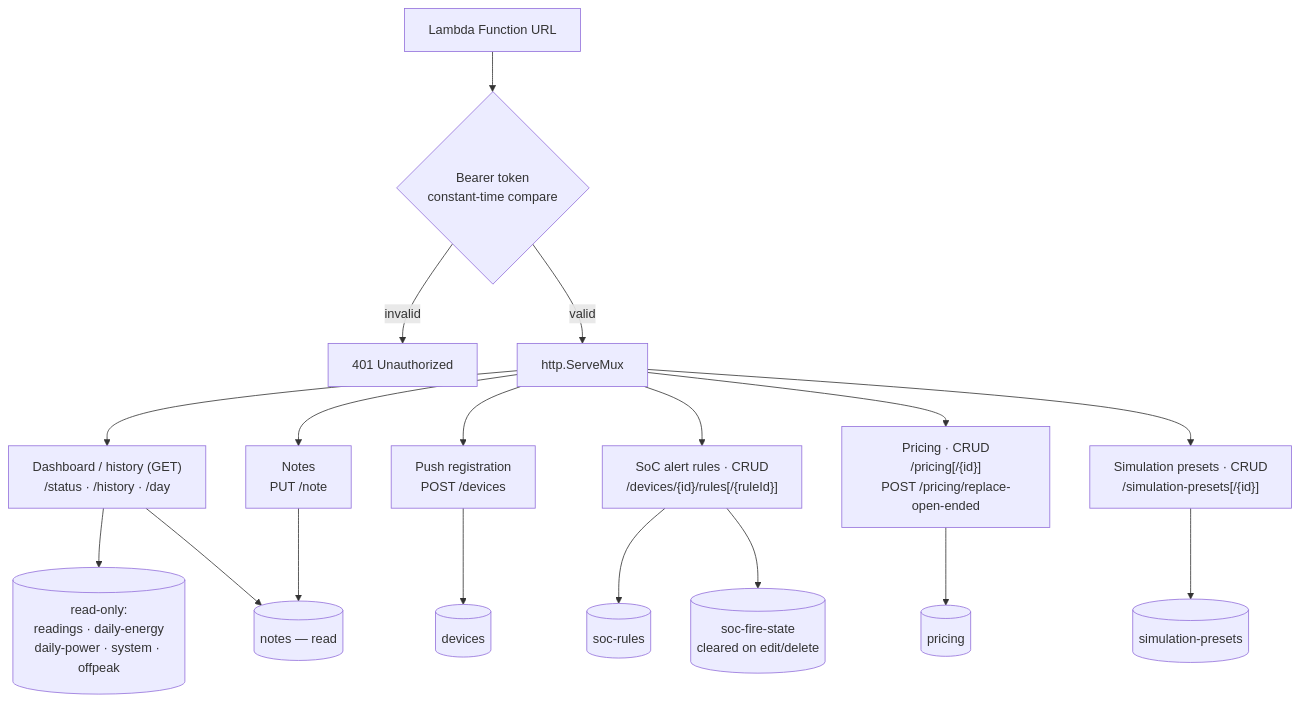
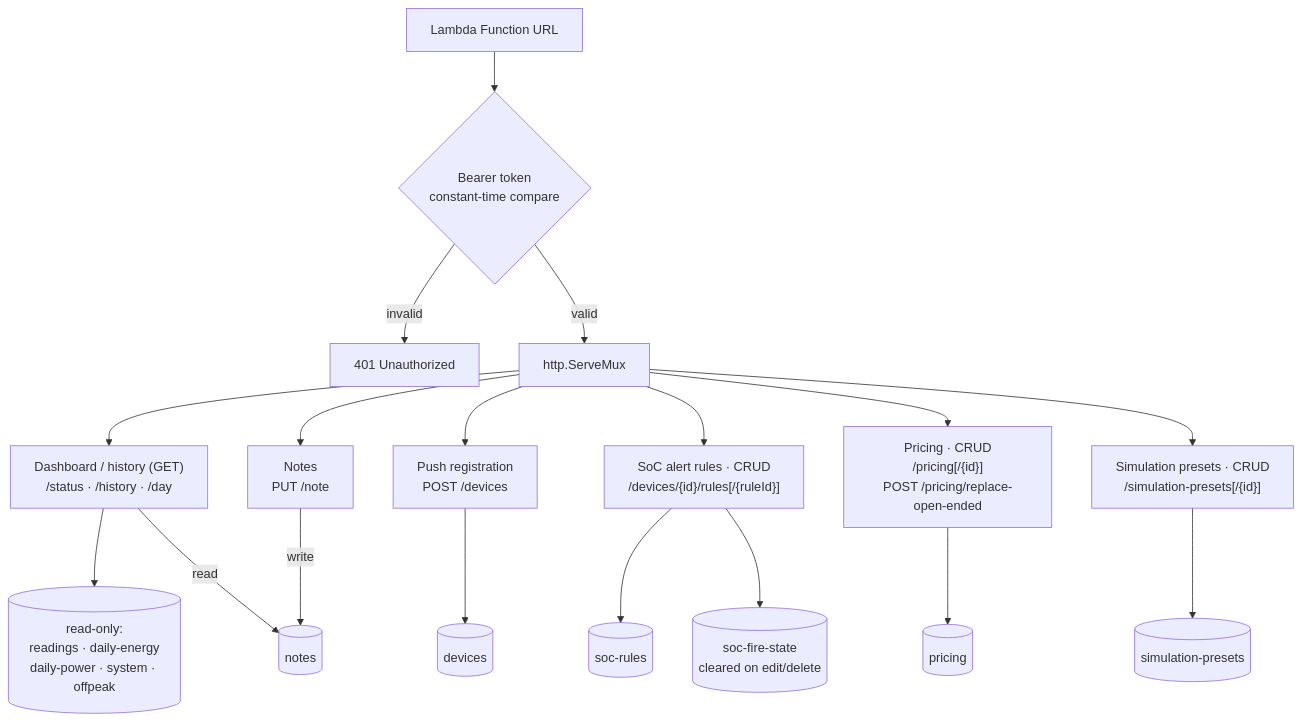
Before and after one commit to ArjenSchwarz/flux: the sixth of 8 diagrams in docs/architecture-diagrams.md, drawn with Mermaid. The commit also changed other lines of this file, not shown here.

First line of the commit message:
[doc]: Address review round 4 — diagram 6 notes label + polish

````diff
--- a/docs/architecture-diagrams.md
+++ b/docs/architecture-diagrams.md
@@ -290,22 +290,22 @@
 ```mermaid
 flowchart TB
     furl["Lambda Function URL"] --> auth{"Bearer token<br/>constant-time compare"}
     auth -->|invalid| reject["401 Unauthorized"]
     auth -->|valid| mux["http.ServeMux"]
 
     mux --> read["Dashboard / history (GET)<br/>/status · /history · /day"]
     mux --> notes["Notes<br/>PUT /note"]
     mux --> devices["Push registration<br/>POST /devices"]
     mux --> rules["SoC alert rules · CRUD<br/>/devices/{id}/rules[/{ruleId}]"]
     mux --> pricing["Pricing · CRUD<br/>/pricing[/{id}]<br/>POST /pricing/replace-open-ended"]
     mux --> presets["Simulation presets · CRUD<br/>/simulation-presets[/{id}]"]
 
     read --> ro[("read-only:<br/>readings · daily-energy<br/>daily-power · system · offpeak")]
-    read --> notesT[("notes — read")]
-    notes --> notesT
+    read -->|read| notesT[("notes")]
+    notes -->|write| notesT
     devices --> devT[("devices")]
     rules --> rulesT[("soc-rules")]
     rules --> fsT[("soc-fire-state<br/>cleared on edit/delete")]
     pricing --> priceT[("pricing")]
     presets --> presetT[("simulation-presets")]
 ```
````
